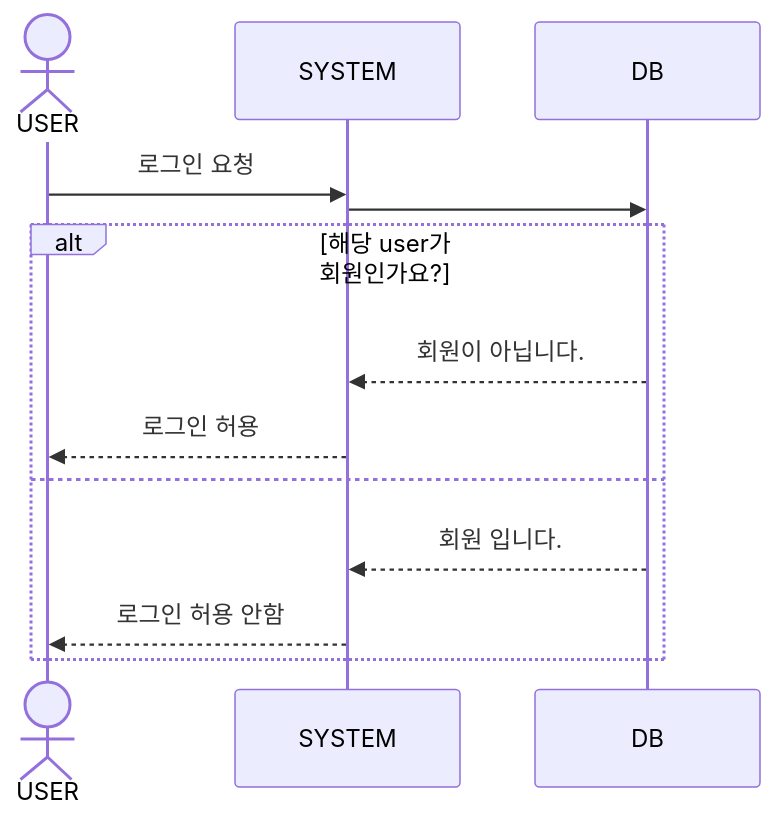
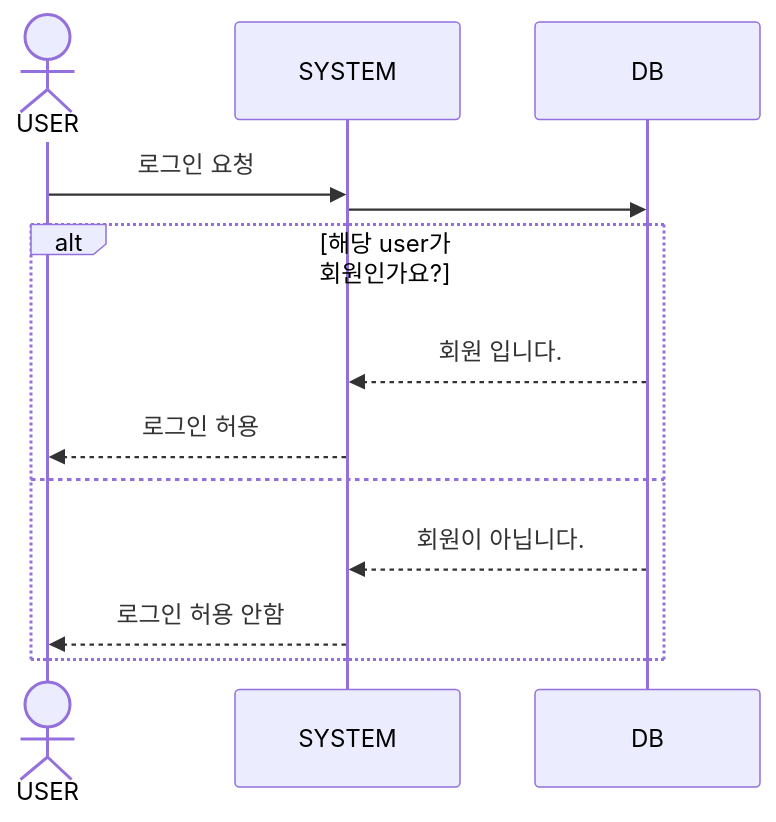
The first of 6 diagrams in docs/시퀀스다이어그램.md (euncody/Hanghe), drawn with Mermaid before and after one commit.

Commit message:
📚 docs: 시퀀스 다이어그램 로그인 로직 수정
> 회원인 경우 - 로그인
> 회원이 아닌경우 - 로그인 불가

````diff
--- a/docs/시퀀스다이어그램.md
+++ b/docs/시퀀스다이어그램.md
@@ -4,15 +4,15 @@
 ```mermaid
 sequenceDiagram
 	actor USER
 	participant SYSTEM
 	participant DB
     USER ->> SYSTEM: 로그인 요청
     SYSTEM ->> DB : 
-    alt 해당 user가 회원인가요? 
+    alt 해당 user가 회원인가요?
+        DB -->> SYSTEM: 회원 입니다.
+        SYSTEM -->> USER : 로그인 허용
+    else
         DB -->> SYSTEM: 회원이 아닙니다.
-        SYSTEM -->> USER : 로그인 허용
-    else 
-        DB -->> SYSTEM: 회원 입니다.
         SYSTEM -->> USER : 로그인 허용 안함
     end
 ```
````
